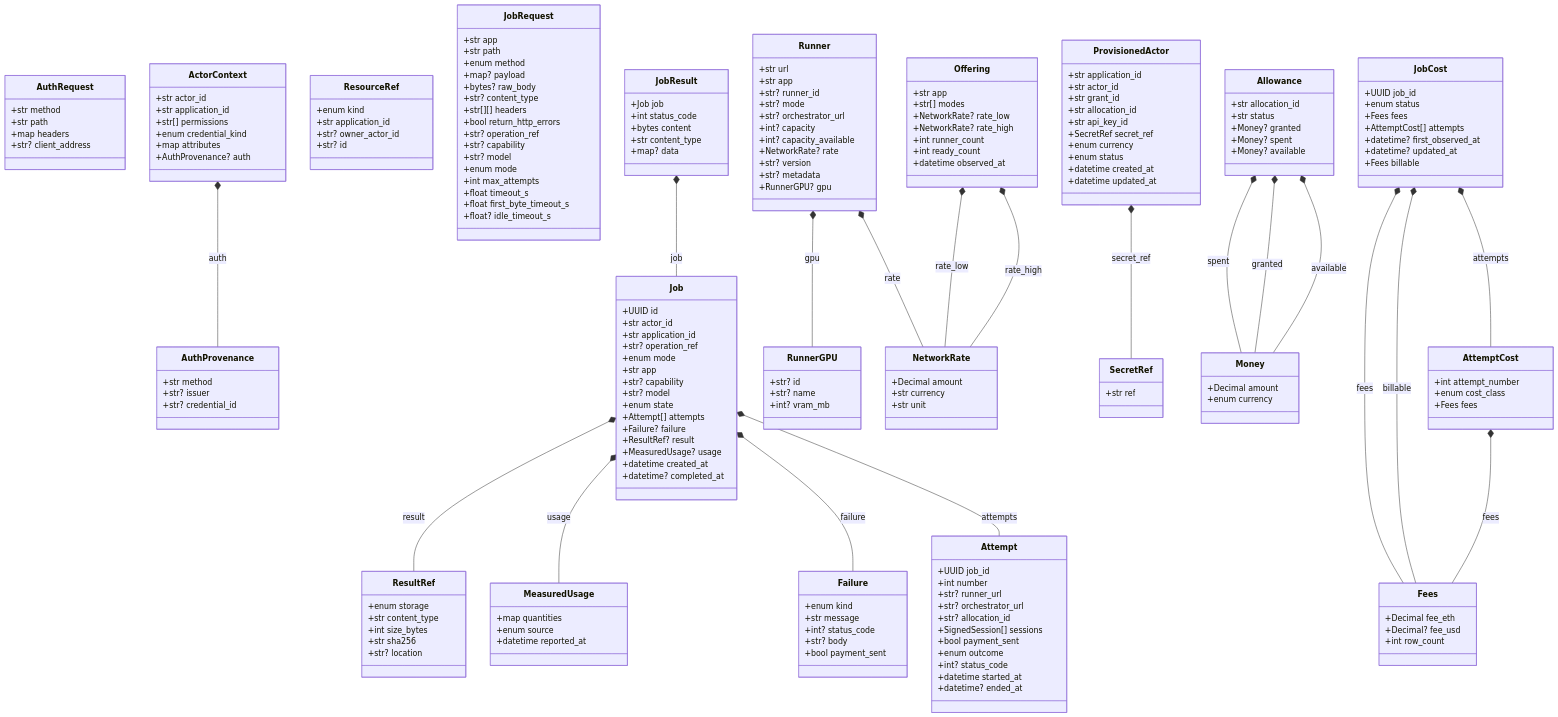
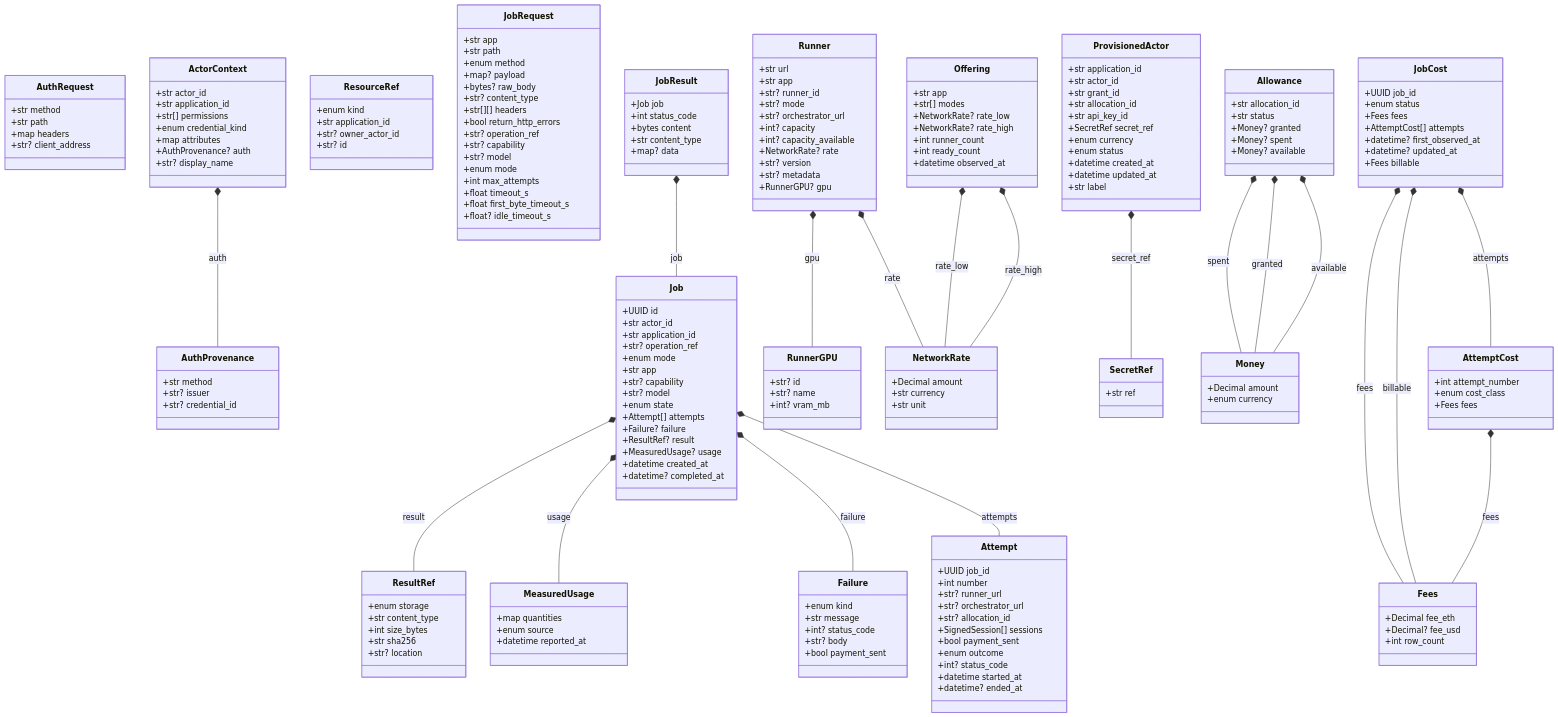
The diagram in docs/generated/contracts.md (NE-Build-Track/livepeer-builder-core), drawn with Mermaid before and after one commit. The commit also changed 43 other files, not shown here.

```diff
--- a/docs/generated/contracts.md
+++ b/docs/generated/contracts.md
@@ -19,6 +19,7 @@
         +enum credential_kind
         +map attributes
         +AuthProvenance? auth
+        +str? display_name
     }
     class AuthProvenance {
         +str method
@@ -167,6 +168,7 @@
         +enum status
         +datetime created_at
         +datetime updated_at
+        +str label
     }
     class SecretRef {
         +str ref
```
